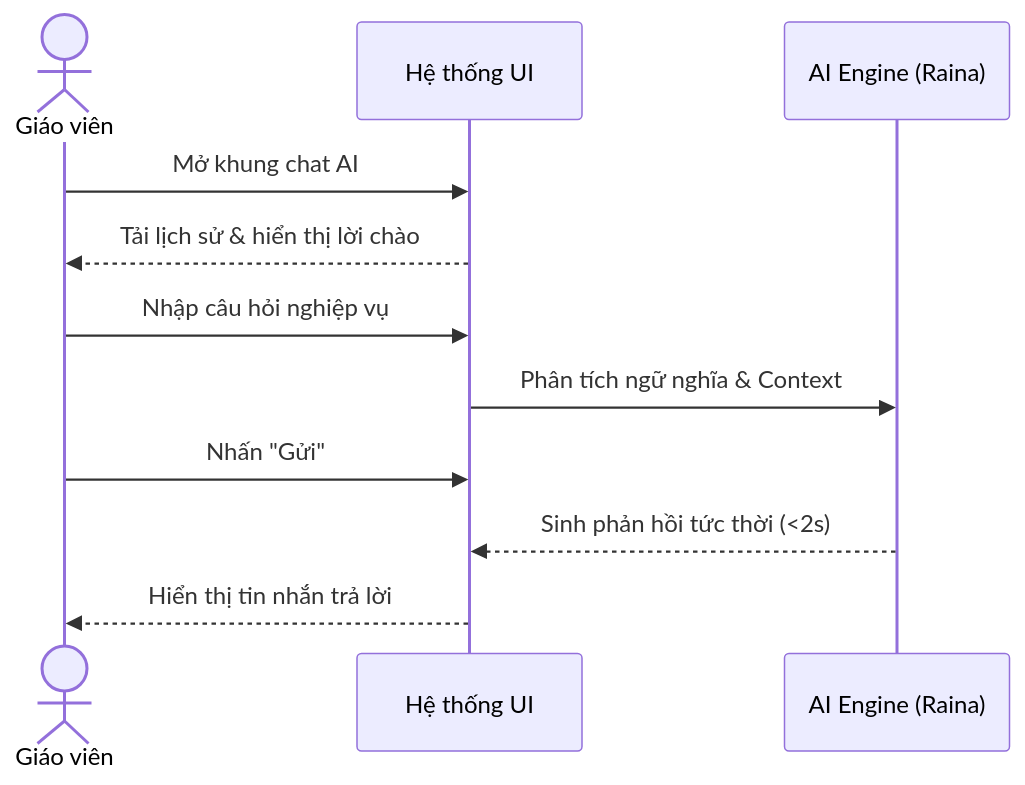
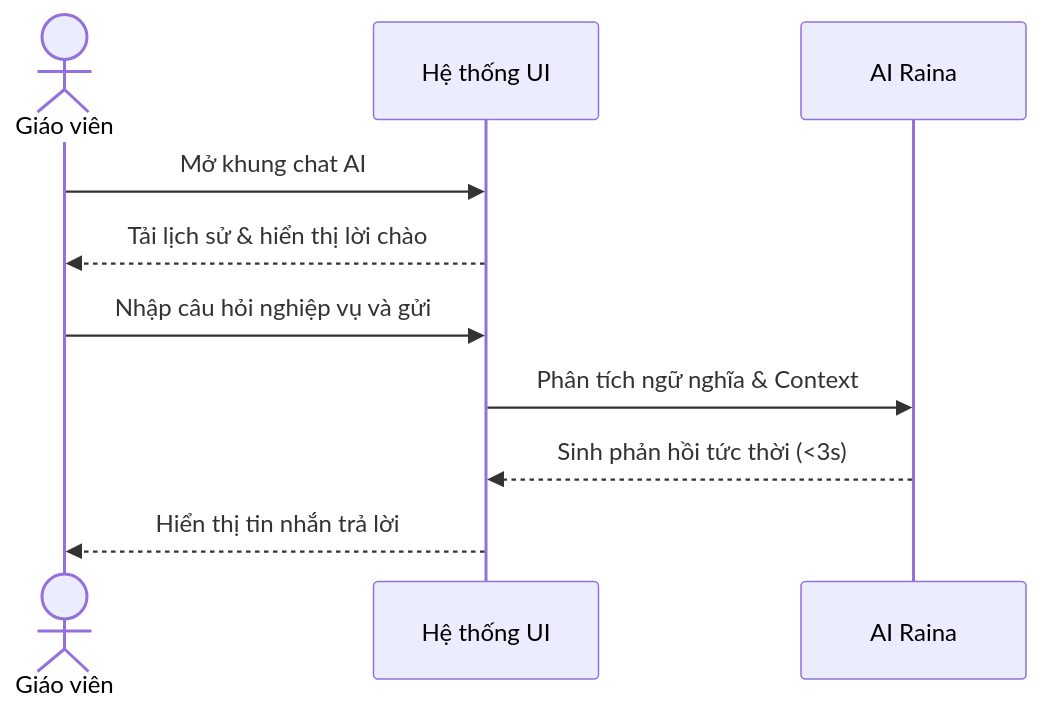
Before and after one commit to Cong-ty-TNNH-Q-Tech/Q-School: the first of 3 diagrams in docs/usecase/nhom_4_ai_assistant.md, drawn with Mermaid. The commit also changed other lines of this file and 4 other files, not shown here.

Commit message:
docs(usecase): standardize all tables and sequence diagrams, fix temporal logic and AI roles

````diff
--- a/docs/usecase/nhom_4_ai_assistant.md
+++ b/docs/usecase/nhom_4_ai_assistant.md
@@ -22,14 +21,13 @@
 ```mermaid
 sequenceDiagram
     actor GV as Giáo viên
     participant HT as Hệ thống UI
-    participant AI as AI Engine (Raina)
+    participant AI as AI Raina
 
     GV->>HT: Mở khung chat AI
     HT-->>GV: Tải lịch sử & hiển thị lời chào
-    GV->>HT: Nhập câu hỏi nghiệp vụ
+    GV->>HT: Nhập câu hỏi nghiệp vụ và gửi
     HT->>AI: Phân tích ngữ nghĩa & Context
-    GV->>HT: Nhấn "Gửi"
-    AI-->>HT: Sinh phản hồi tức thời (<2s)
+    AI-->>HT: Sinh phản hồi tức thời (<3s)
     HT-->>GV: Hiển thị tin nhắn trả lời
 ```
````
